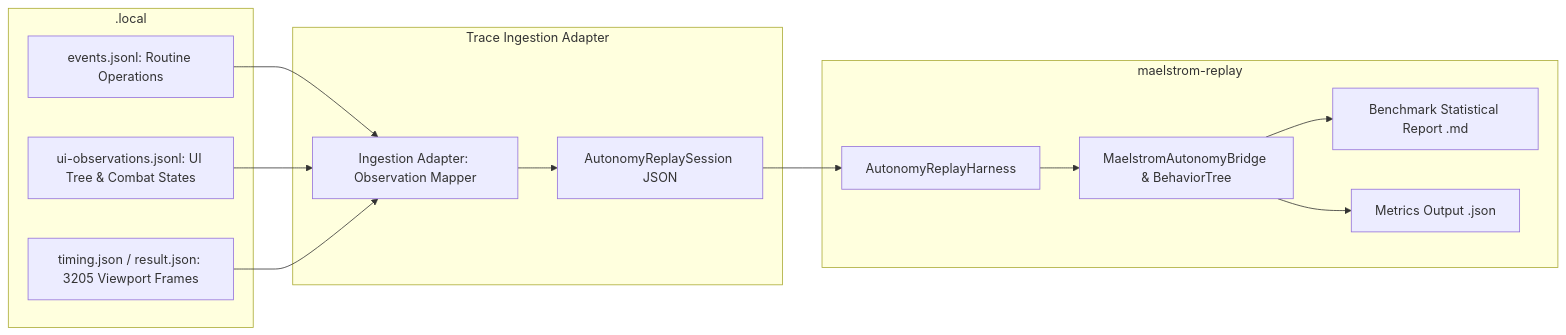
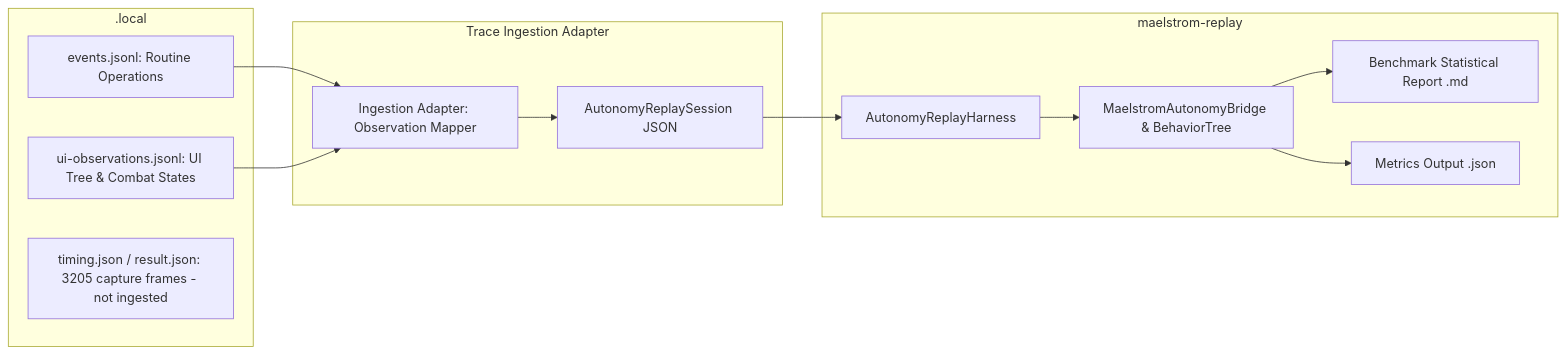
One commit to Aarogaming/AutoWizard101 changed the diagram in docs/REAL_TRACE_INGESTION.md. Above: the diagram before and after it, drawn with Mermaid. The commit also changed other lines of this file and 4 other files, not shown here.

````diff
--- a/docs/REAL_TRACE_INGESTION.md
+++ b/docs/REAL_TRACE_INGESTION.md
@@ -9,22 +18,21 @@
 ```mermaid
 flowchart LR
     subgraph Local Gameplay Artifacts [.local]
         Events[events.jsonl: Routine Operations]
         UIObs[ui-observations.jsonl: UI Tree & Combat States]
-        Timing[timing.json / result.json: 3205 Viewport Frames]
+        Timing[timing.json / result.json: 3205 capture frames - not ingested]
     end
 
     subgraph Trace Ingestion Adapter
         Events --> Ingest[Ingestion Adapter: Observation Mapper]
         UIObs --> Ingest
-        Timing --> Ingest
         Ingest --> Session[AutonomyReplaySession JSON]
     end
 
     subgraph Offline Evaluation [maelstrom-replay]
         Session --> Replay[AutonomyReplayHarness]
         Replay --> Bridge[MaelstromAutonomyBridge & BehaviorTree]
         Bridge --> ReportMD[Benchmark Statistical Report .md]
         Bridge --> MetricsJSON[Metrics Output .json]
     end
 ```
````
